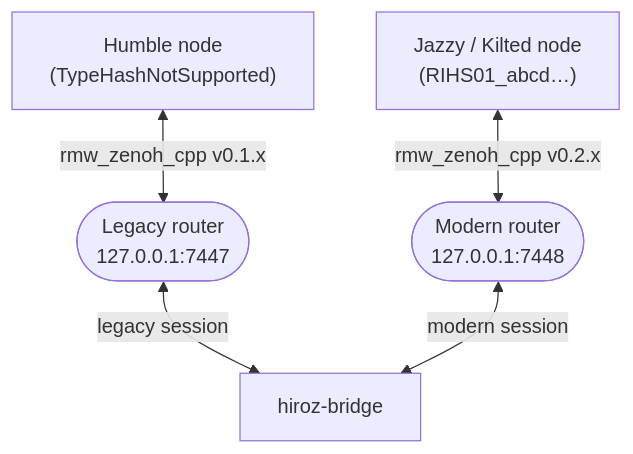
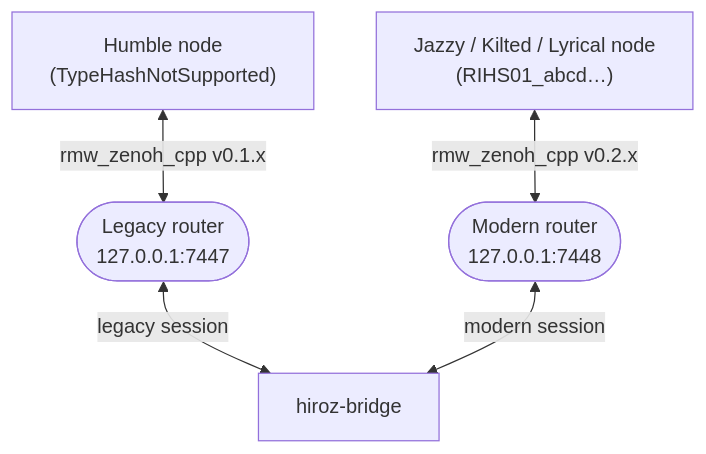
Before and after one commit to ZettaScaleLabs/hiroz: the diagram in docs/user-guide/bridge.md, drawn with Mermaid. The commit also changed other lines of this file and 35 other files, not shown here.

````diff
--- a/docs/user-guide/bridge.md
+++ b/docs/user-guide/bridge.md
@@ -34,17 +34,17 @@
 ```mermaid
 graph TD
 accTitle: Cross-distro bridge connecting Humble and Jazzy Zenoh networks
-accDescr: hiroz-bridge opens two Zenoh sessions, one to the legacy Humble router and one to the modern Jazzy or Kilted router, transparently forwarding messages between them.
+accDescr: hiroz-bridge opens two Zenoh sessions, one to the legacy Humble router and one to the modern Jazzy, Kilted, or Lyrical router, transparently forwarding messages between them.
     H_node["Humble node<br>(TypeHashNotSupported)"]
-    J_node["Jazzy / Kilted node<br>(RIHS01_abcd…)"]
+    J_node["Jazzy / Kilted / Lyrical node<br>(RIHS01_abcd…)"]
 
     H_router(["Legacy router<br>127.0.0.1:7447"])
     J_router(["Modern router<br>127.0.0.1:7448"])
 
     bridge["hiroz-bridge"]
 
     H_node <-->|rmw_zenoh_cpp v0.1.x| H_router
     J_node <-->|rmw_zenoh_cpp v0.2.x| J_router
     H_router <-->|legacy session| bridge
     J_router <-->|modern session| bridge
 ```
````
